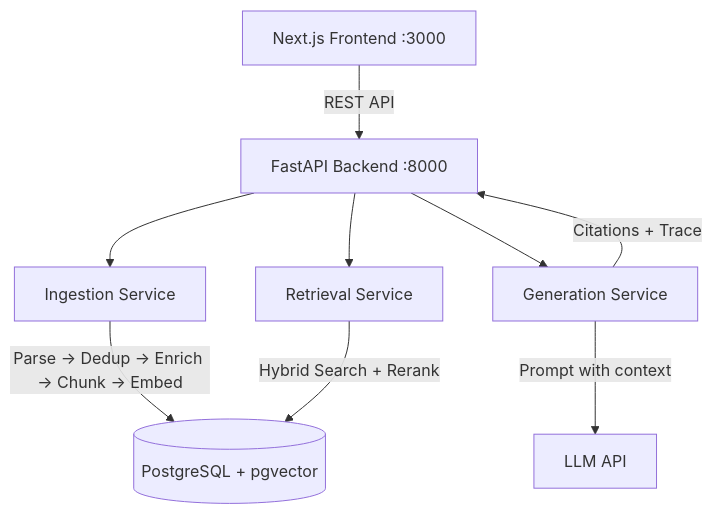
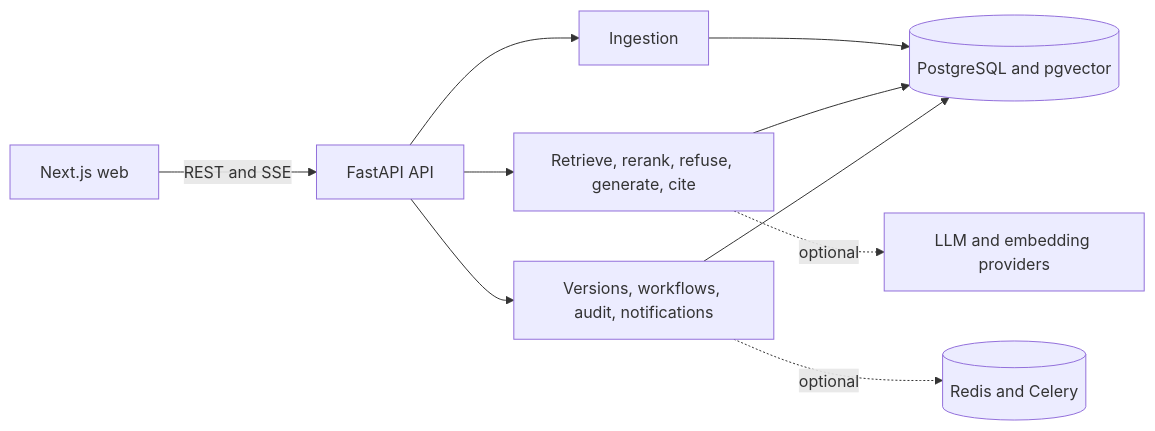
Before and after one commit to FishRaposo/groundtruth: the diagram in README.md, drawn with Mermaid. The commit also changed other lines of this file and 66 other files, not shown here.

````diff
--- a/README.md
+++ b/README.md
@@ -57,19 +62,12 @@
 ```mermaid
-graph TB
-    UI[Next.js Frontend :3000]
-    API[FastAPI Backend :8000]
-    IS[Ingestion Service]
-    RS[Retrieval Service]
-    GS[Generation Service]
-    DB[(PostgreSQL + pgvector)]
-    LLM[LLM API]
-
-    UI -->|REST API| API
-    API --> IS
-    API --> RS
-    API --> GS
-    IS -->|Parse → Dedup → Enrich → Chunk → Embed| DB
-    RS -->|Hybrid Search + Rerank| DB
-    GS -->|Prompt with context| LLM
-    GS -->|Citations + Trace| API
+flowchart LR
+    WEB[Next.js web] -->|REST and SSE| API[FastAPI API]
+    API --> ING[Ingestion]
+    API --> RAG[Retrieve, rerank, refuse, generate, cite]
+    API --> WF[Versions, workflows, audit, notifications]
+    ING --> DB[(PostgreSQL and pgvector)]
+    RAG --> DB
+    WF --> DB
+    WF -. optional .-> REDIS[(Redis and Celery)]
+    RAG -. optional .-> PROVIDER[LLM and embedding providers]
 ```
````
